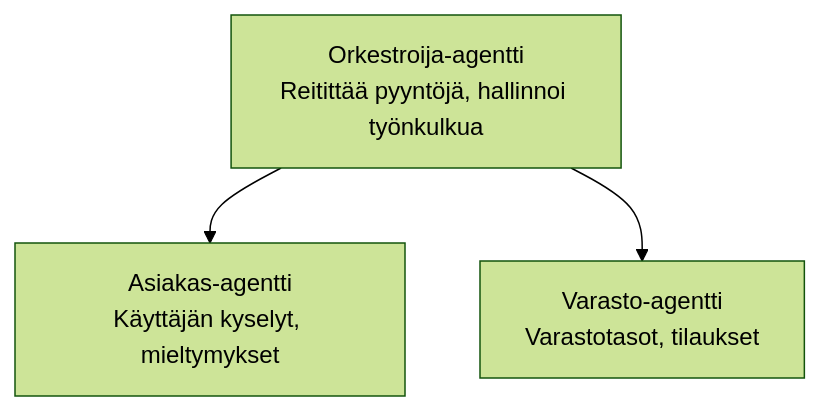
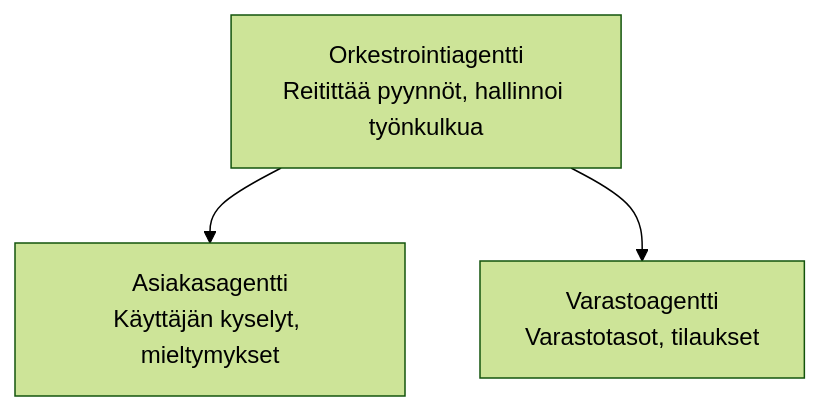
Before and after one commit to microsoft/AZD-for-beginners: the diagram in translations/fi/docs/chapter-05-multi-agent/README.md, drawn with Mermaid (forest theme). The commit also changed other lines of this file and 104 other files, not shown here.

````diff
--- a/translations/fi/docs/chapter-05-multi-agent/README.md
+++ b/translations/fi/docs/chapter-05-multi-agent/README.md
@@ -52,5 +54,5 @@
 ```mermaid
 graph TD
-    Orchestrator[Orkestroija-agentti<br/>Reitittää pyyntöjä, hallinnoi työnkulkua] --> Customer[Asiakas-agentti<br/>Käyttäjän kyselyt, mieltymykset]
-    Orchestrator --> Inventory[Varasto-agentti<br/>Varastotasot, tilaukset]
+    Orchestrator[Orkestrointiagentti<br/>Reitittää pyynnöt, hallinnoi työnkulkua] --> Customer[Asiakasagentti<br/>Käyttäjän kyselyt, mieltymykset]
+    Orchestrator --> Inventory[Varastoagentti<br/>Varastotasot, tilaukset]
 ```
````
